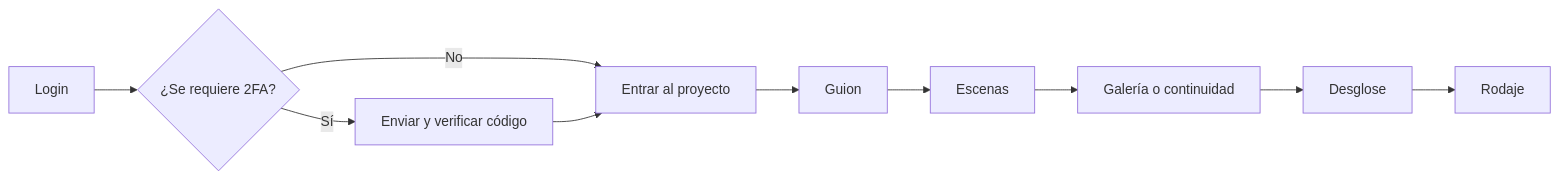
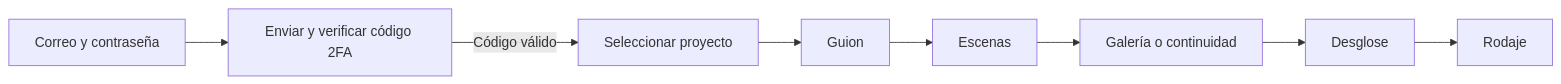
One commit to Aerxs666/FOCCUS-RF changed the second of 2 diagrams in sustentacion t6/README.md. Above: the diagram before and after it, drawn with Mermaid. The commit also changed other lines of this file and 1 other file, not shown here.

Commit message:
docs: aclarar 2FA y diagramas de sustentación T6

````diff
--- a/sustentacion t6/README.md
+++ b/sustentacion t6/README.md
@@ -86,12 +93,10 @@
 ```mermaid
 flowchart LR
-  L[Login] --> Q{¿Se requiere 2FA?}
-  Q -->|Sí| V[Enviar y verificar código]
-  Q -->|No| P[Entrar al proyecto]
-  V --> P
-  P --> G[Guion]
-  G --> E[Escenas]
-  E --> C[Galería o continuidad]
-  C --> D[Desglose]
-  D --> R[Rodaje]
+  L["Correo y contraseña"] --> V["Enviar y verificar código 2FA"]
+  V -->|"Código válido"| P["Seleccionar proyecto"]
+  P --> G["Guion"]
+  G --> E["Escenas"]
+  E --> C["Galería o continuidad"]
+  C --> D["Desglose"]
+  D --> R["Rodaje"]
 ```
````
